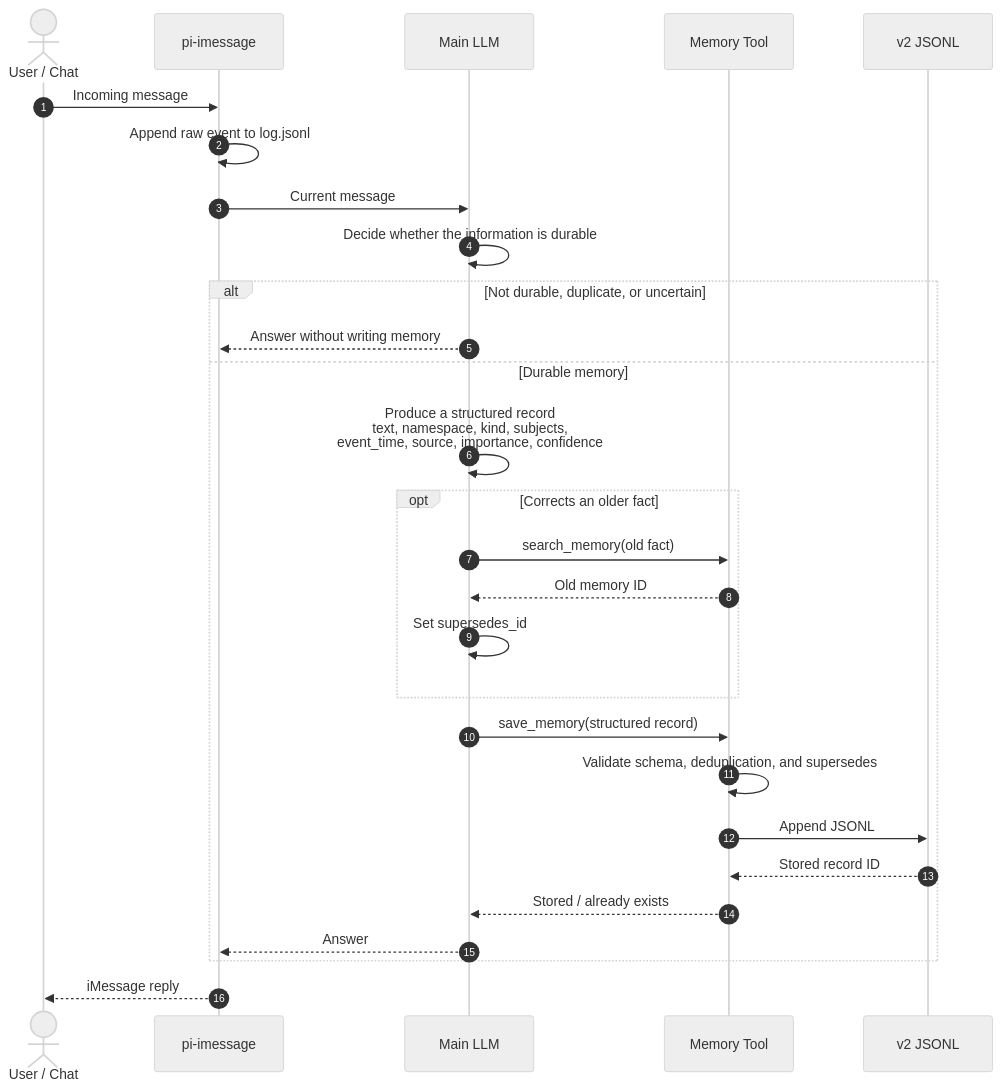
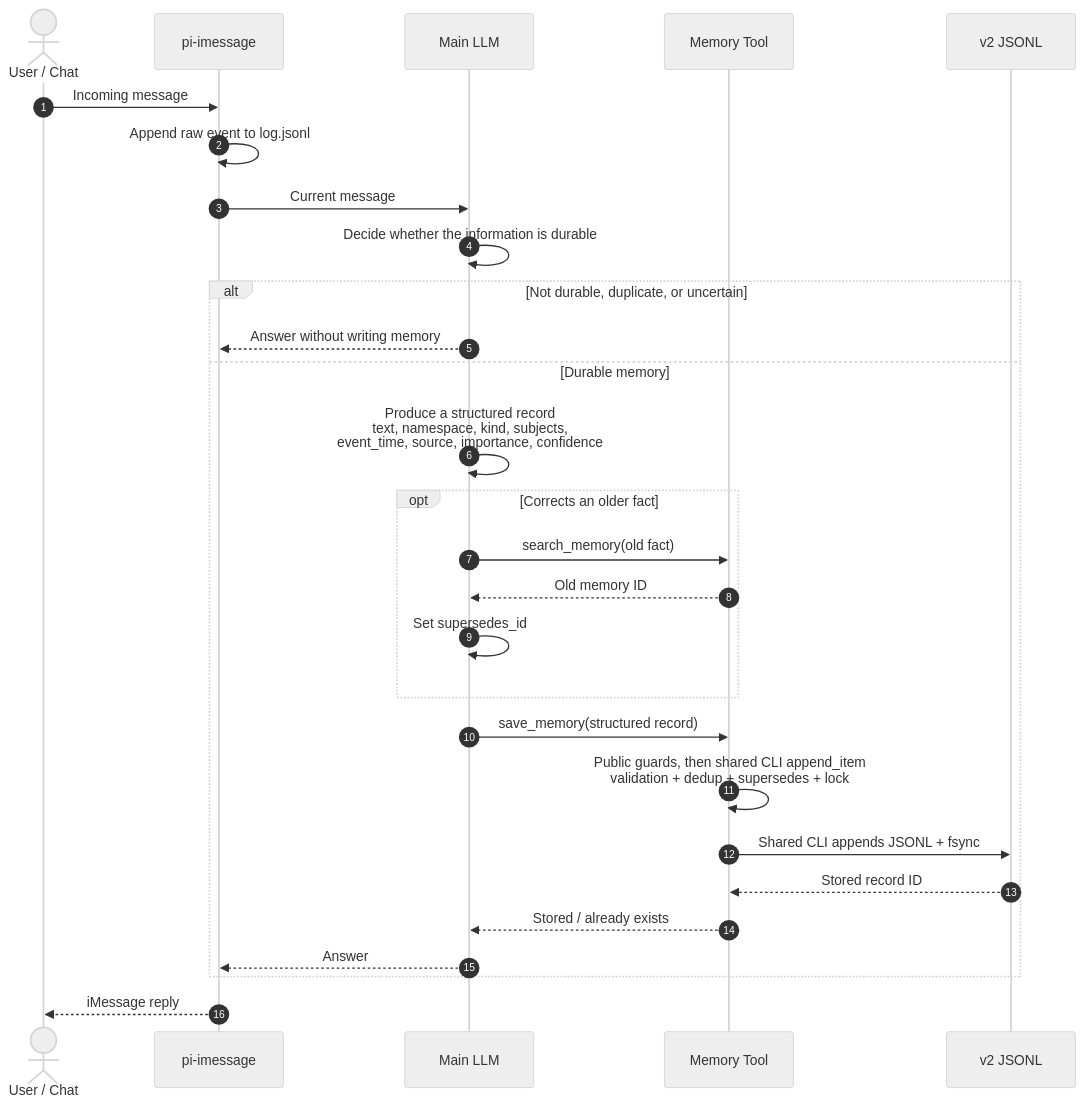
Before and after one commit to daya0576/pi-imessage: the third of 4 diagrams in docs/structured-memory-sequence.md, drawn with Mermaid (neutral theme). The commit also changed other lines of this file and 58 other files, not shown here.

````diff
--- a/docs/structured-memory-sequence.md
+++ b/docs/structured-memory-sequence.md
@@ -76,33 +111,33 @@
 ```mermaid
 sequenceDiagram
     autonumber
     actor U as User / Chat
     participant P as pi-imessage
     participant A as Main LLM
     participant M as Memory Tool
     participant S as v2 JSONL
 
     U->>P: Incoming message
     P->>P: Append raw event to log.jsonl
     P->>A: Current message
     A->>A: Decide whether the information is durable
 
     alt Not durable, duplicate, or uncertain
         A-->>P: Answer without writing memory
     else Durable memory
         A->>A: Produce a structured record<br/>text, namespace, kind, subjects,<br/>event_time, source, importance, confidence
         opt Corrects an older fact
             A->>M: search_memory(old fact)
             M-->>A: Old memory ID
             A->>A: Set supersedes_id
         end
         A->>M: save_memory(structured record)
-        M->>M: Validate schema, deduplication, and supersedes
-        M->>S: Append JSONL
+        M->>M: Public guards, then shared CLI append_item<br/>validation + dedup + supersedes + lock
+        M->>S: Shared CLI appends JSONL + fsync
         S-->>M: Stored record ID
         M-->>A: Stored / already exists
         A-->>P: Answer
     end
 
     P-->>U: iMessage reply
 ```
````
